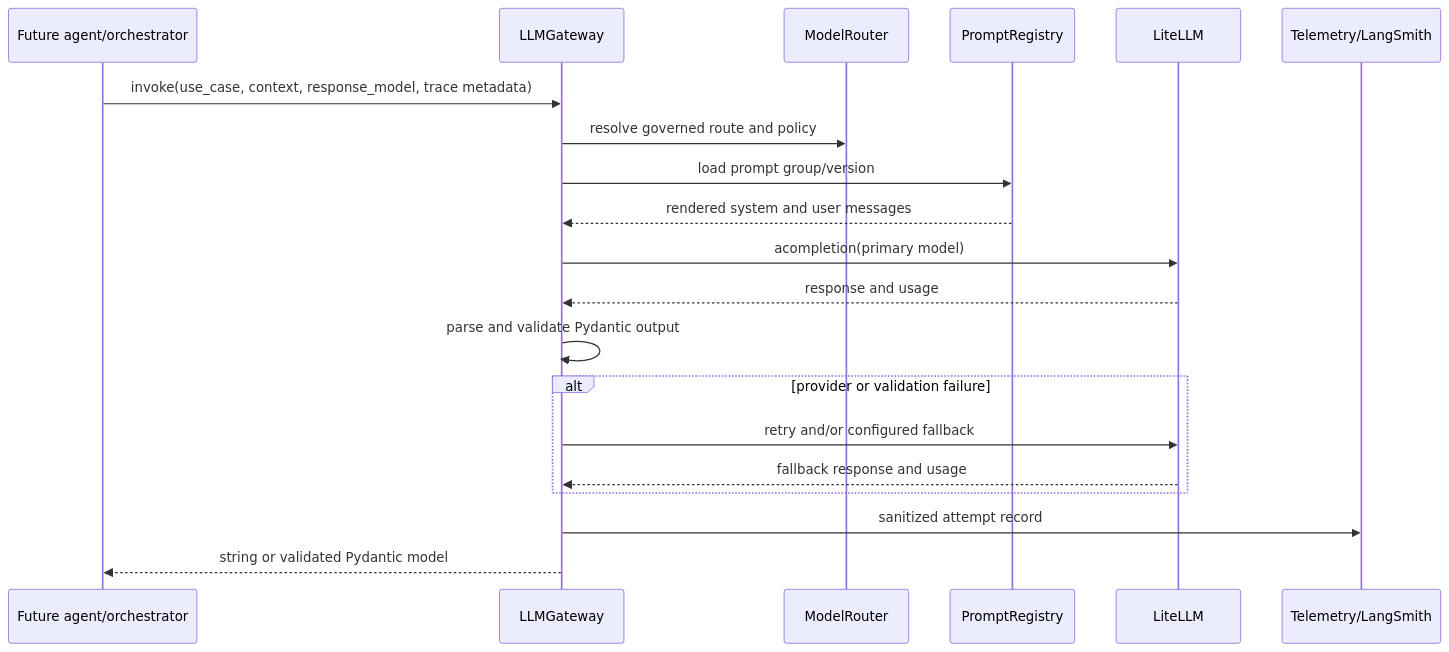
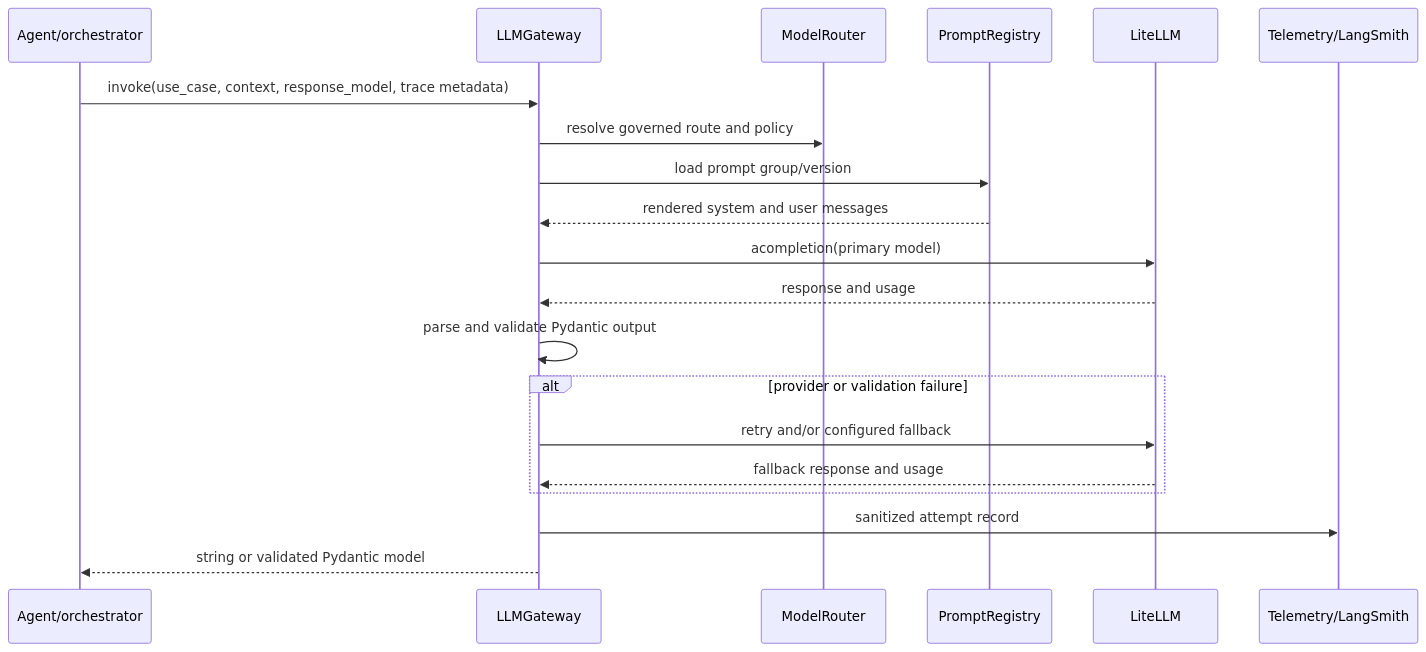
One commit to budurusumithkumar/Neutail changed the eighth of 8 diagrams in SYSTEM_DESIGN.md. Above: the diagram before and after it, drawn with Mermaid. The commit also changed other lines of this file and 35 other files, not shown here.

````diff
--- a/SYSTEM_DESIGN.md
+++ b/SYSTEM_DESIGN.md
@@ -429,23 +476,23 @@
 ```mermaid
 sequenceDiagram
-    participant X as Future agent/orchestrator
+    participant X as Agent/orchestrator
     participant G as LLMGateway
     participant R as ModelRouter
     participant P as PromptRegistry
     participant L as LiteLLM
     participant T as Telemetry/LangSmith
 
     X->>G: invoke(use_case, context, response_model, trace metadata)
     G->>R: resolve governed route and policy
     G->>P: load prompt group/version
     P-->>G: rendered system and user messages
     G->>L: acompletion(primary model)
     L-->>G: response and usage
     G->>G: parse and validate Pydantic output
     alt provider or validation failure
         G->>L: retry and/or configured fallback
         L-->>G: fallback response and usage
     end
     G->>T: sanitized attempt record
     G-->>X: string or validated Pydantic model
 ```
````
